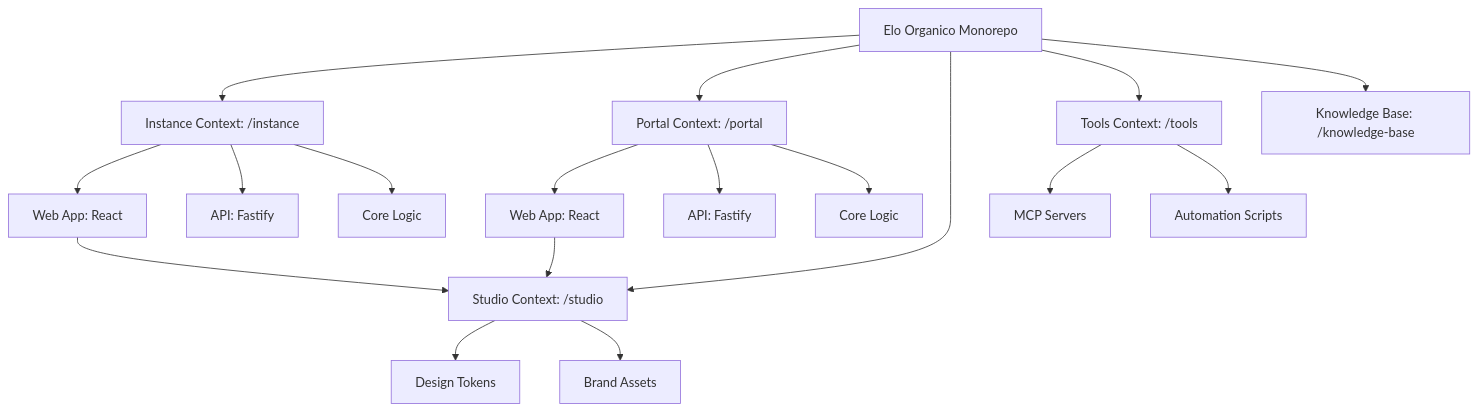
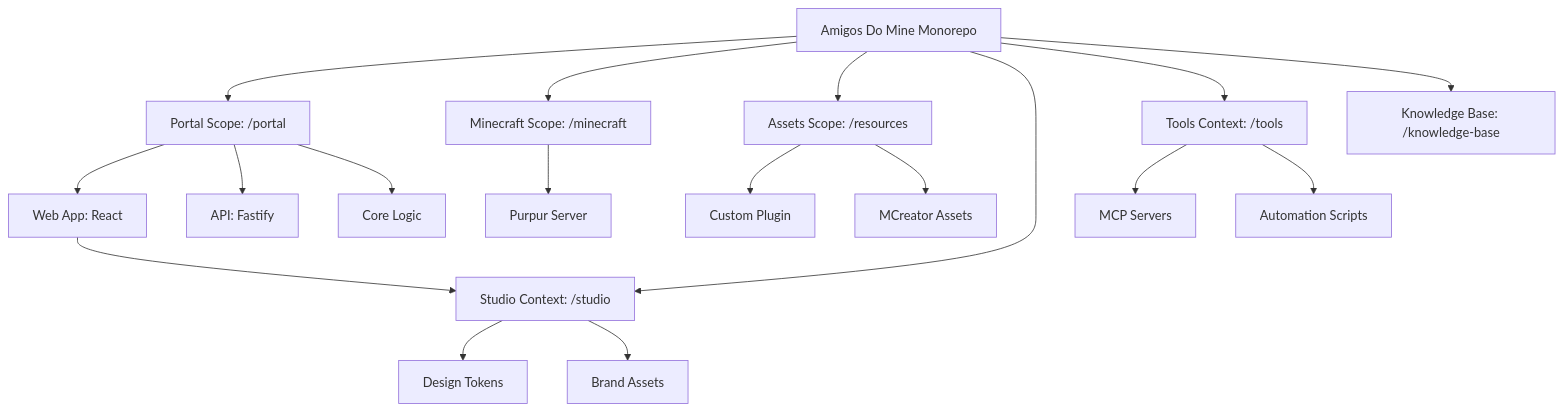
One commit to tupynambalucas/amigos-do-mine changed the diagram in knowledge-base/docs/intro.mdx. Above: the diagram before and after it, drawn with Mermaid. The commit also changed other lines of this file and 166 other files, not shown here.

````diff
--- a/knowledge-base/docs/intro.mdx
+++ b/knowledge-base/docs/intro.mdx
@@ -13,26 +13,26 @@
 ```mermaid
 graph TD
-    Root["Elo Organico Monorepo"]
-    Root --> Instance["Instance Context: /instance"]
-    Root --> Portal["Portal Context: /portal"]
+    Root["Amigos Do Mine Monorepo"]
+    Root --> Portal["Portal Scope: /portal"]
+    Root --> Minecraft["Minecraft Scope: /minecraft"]
+    Root --> Resources["Assets Scope: /resources"]
     Root --> Studio["Studio Context: /studio"]
     Root --> Tools["Tools Context: /tools"]
     Root --> Knowledge["Knowledge Base: /knowledge-base"]
 
-    Instance --> I_Web["Web App: React"]
-    Instance --> I_API["API: Fastify"]
-    Instance --> I_Core["Core Logic"]
-
     Portal --> P_Web["Web App: React"]
     Portal --> P_API["API: Fastify"]
     Portal --> P_Core["Core Logic"]
+
+    Minecraft --> M_Server["Purpur Server"]
+    Resources --> R_Plugin["Custom Plugin"]
+    Resources --> R_Assets["MCreator Assets"]
 
     Studio --> Tokens["Design Tokens"]
     Studio --> Assets["Brand Assets"]
     
     Tools --> MCP["MCP Servers"]
     Tools --> Scripts["Automation Scripts"]
     
-    I_Web --> Studio
     P_Web --> Studio
 ```
````
